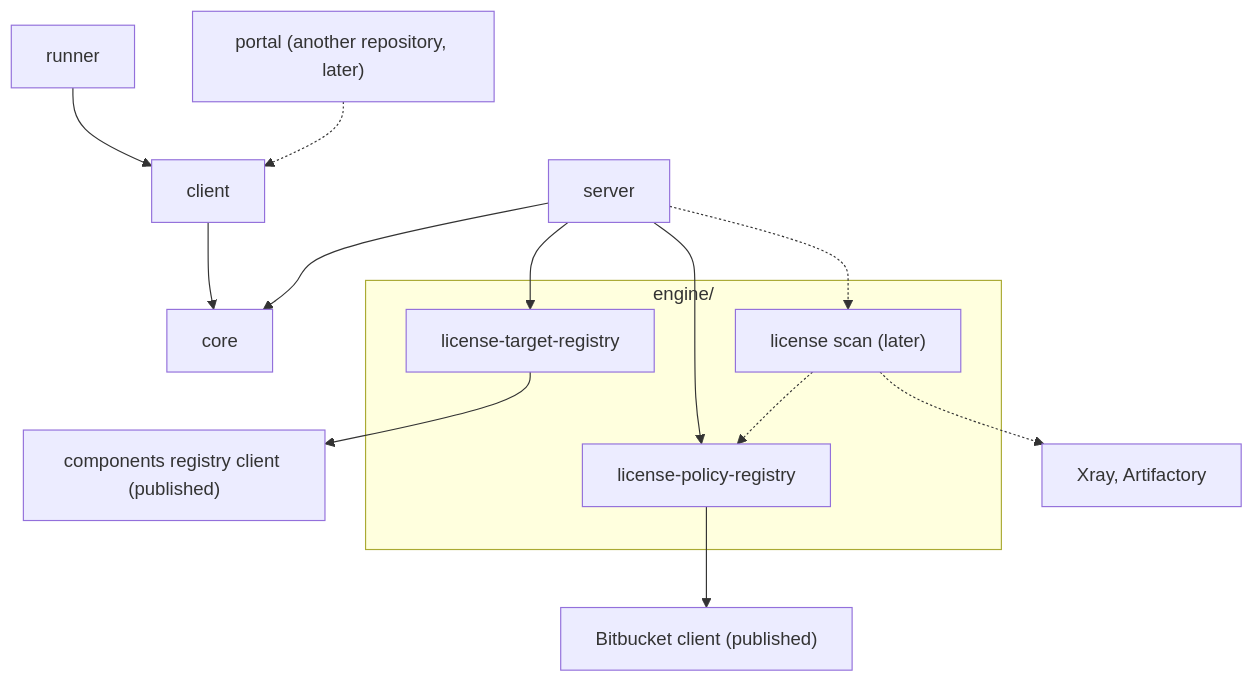
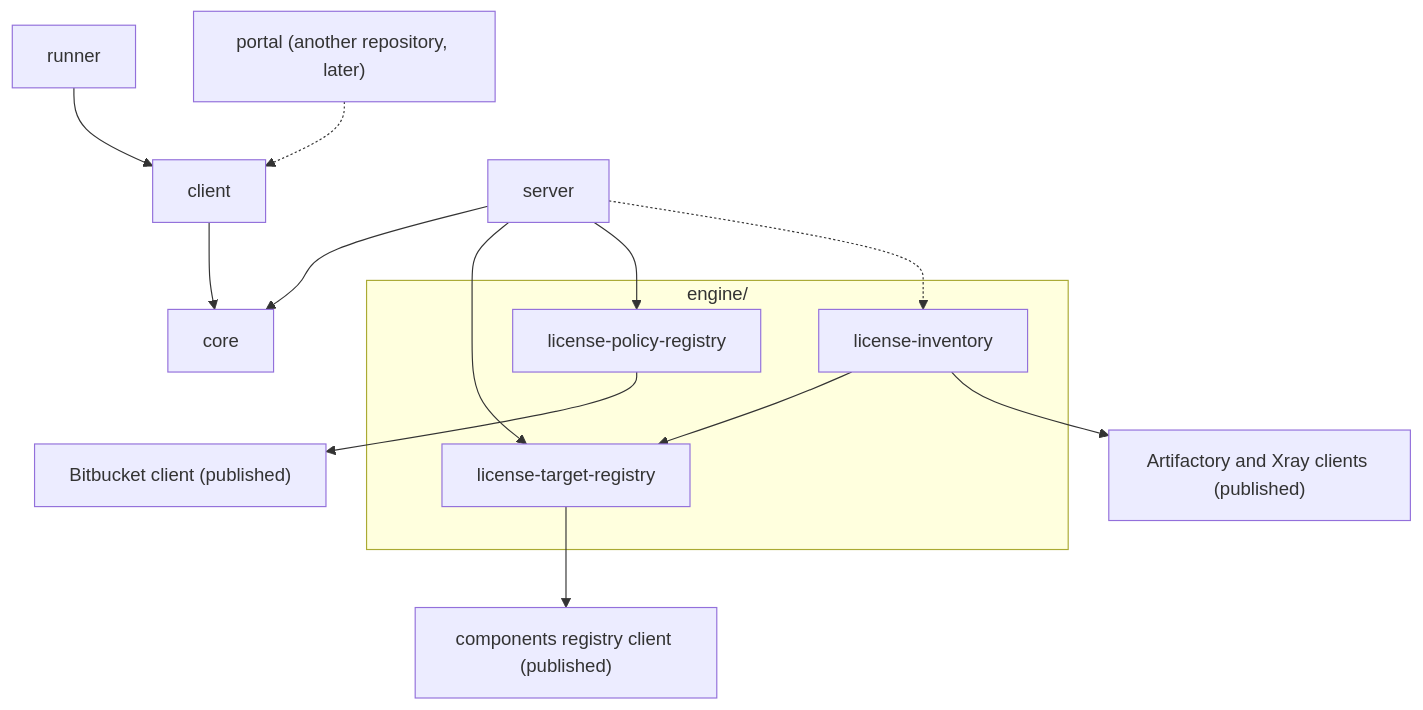
One commit to octopusden/octopus-license-service changed the diagram in docs/architecture.md. Above: the diagram before and after it, drawn with Mermaid. The commit also changed other lines of this file and 2 other files, not shown here.

Commit message:
Describe the license-inventory module in the architecture and repository notes

````diff
--- a/docs/architecture.md
+++ b/docs/architecture.md
@@ -7,19 +7,19 @@
 ```mermaid
 flowchart TD
     runner --> client
     portal["portal (another repository, later)"] -.-> client
     client --> core
     server --> core
     server --> target
     server --> policy
-    server -.-> scan
+    server -.-> inventory
     subgraph engine["engine/"]
         target["license-target-registry"]
         policy["license-policy-registry"]
-        scan["license scan (later)"]
+        inventory["license-inventory"]
     end
     target --> crs["components registry client (published)"]
     policy --> bitbucket["Bitbucket client (published)"]
-    scan -.-> policy
-    scan -.-> xray["Xray, Artifactory"]
+    inventory --> target
+    inventory --> jfrog["Artifactory and Xray clients (published)"]
 ```
````
